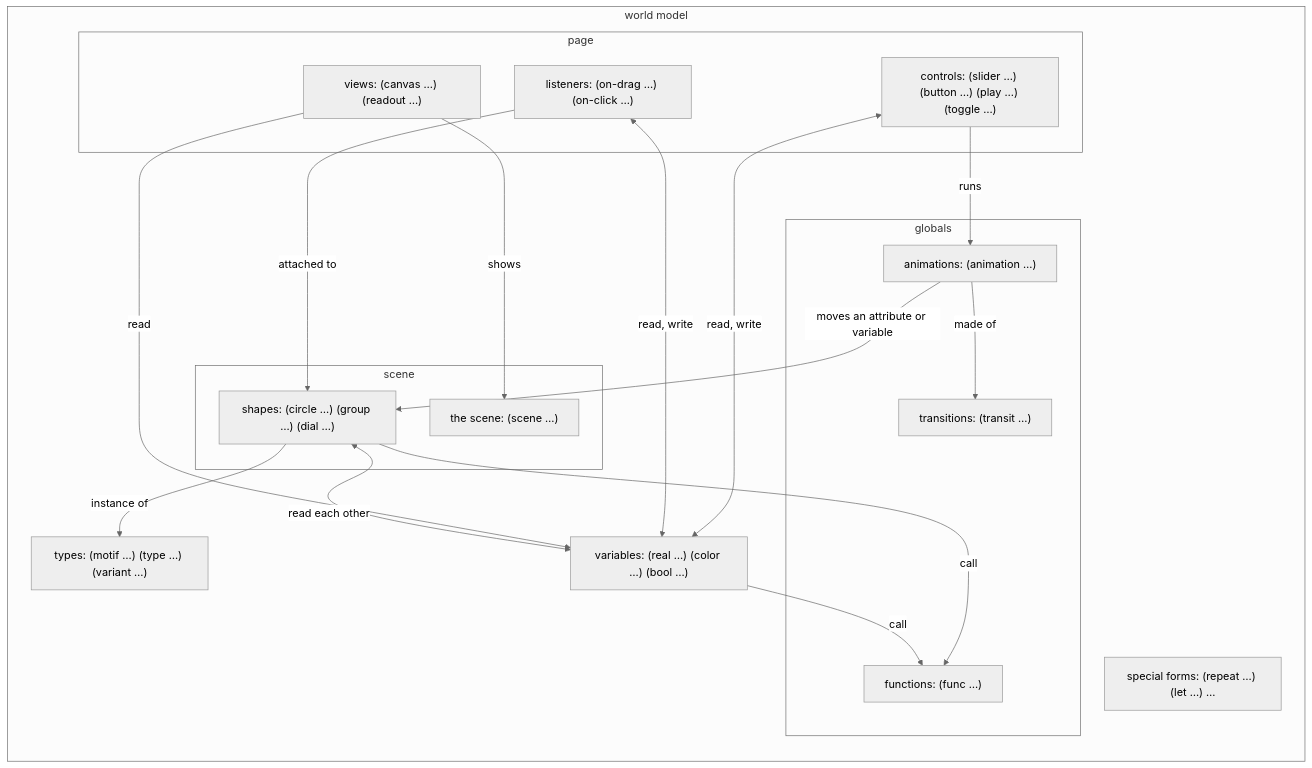
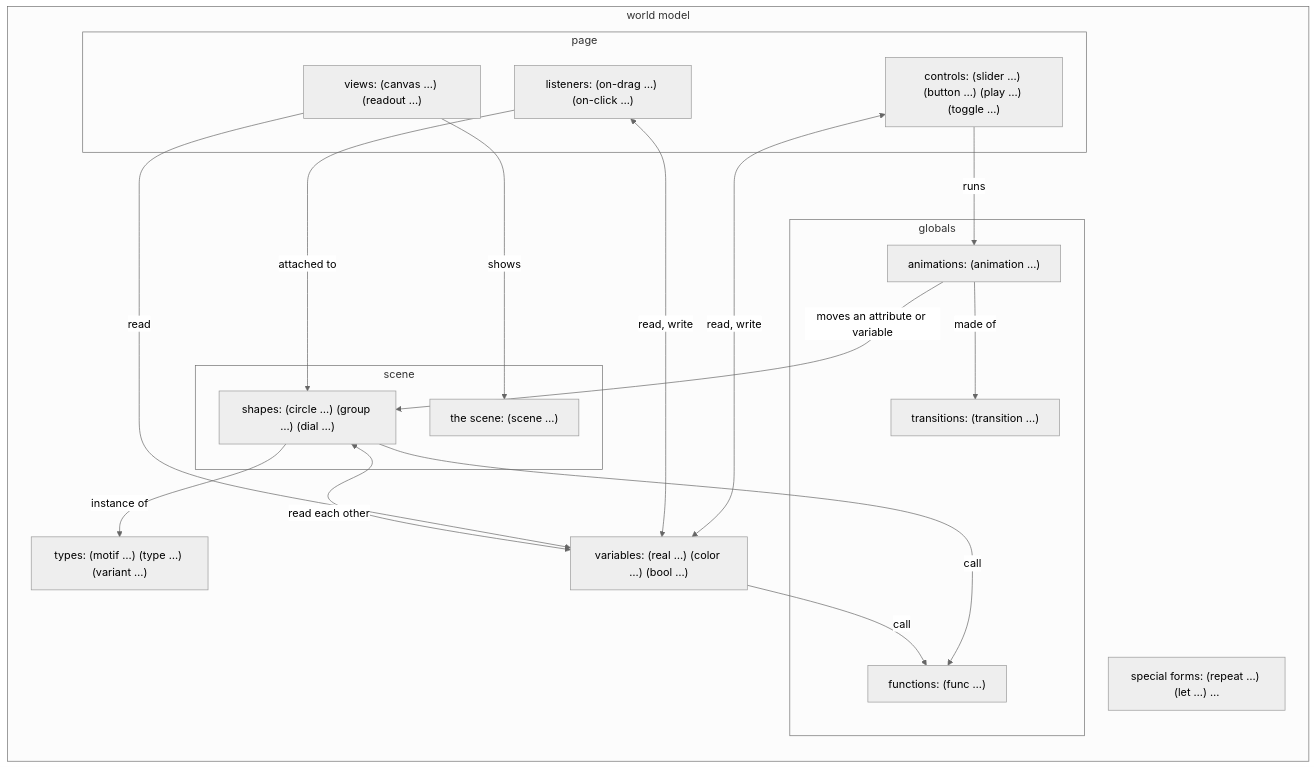
The second of 3 diagrams in docs/data-model.md (aris-pub/mathterpiece), drawn with Mermaid (neutral theme) before and after one commit. The commit also changed other lines of this file and 28 other files, not shown here.

````diff
--- a/docs/data-model.md
+++ b/docs/data-model.md
@@ -59,32 +59,32 @@
 ```mermaid
 flowchart LR
   subgraph wm [world model]
     types["types: (motif …) (type …) (variant …)"]
     special["special forms: (repeat …) (let …) …"]
     subgraph scene
       sc["the scene: (scene …)"]
       shapes["shapes: (circle …) (group …) (dial …)"]
     end
     vars["variables: (real …) (color …) (bool …)"]
     subgraph globals
       funcs["functions: (func …)"]
-      trans["transitions: (transit …)"]
+      trans["transitions: (transition …)"]
       anims["animations: (animation …)"]
     end
     subgraph page
       views["views: (canvas …) (readout …)"]
       listeners["listeners: (on-drag …) (on-click …)"]
       controls["controls: (slider …) (button …) (play …) (toggle …)"]
     end
   end
   shapes -->|instance of| types
   shapes <-->|read each other| vars
   vars & shapes -->|call| funcs
   anims -->|made of| trans
   anims -->|moves an attribute or variable| shapes
   controls -->|runs| anims
   listeners -->|attached to| shapes
   views -->|shows| sc
   views -->|read| vars
   listeners & controls <-->|read, write| vars
 ```
````
